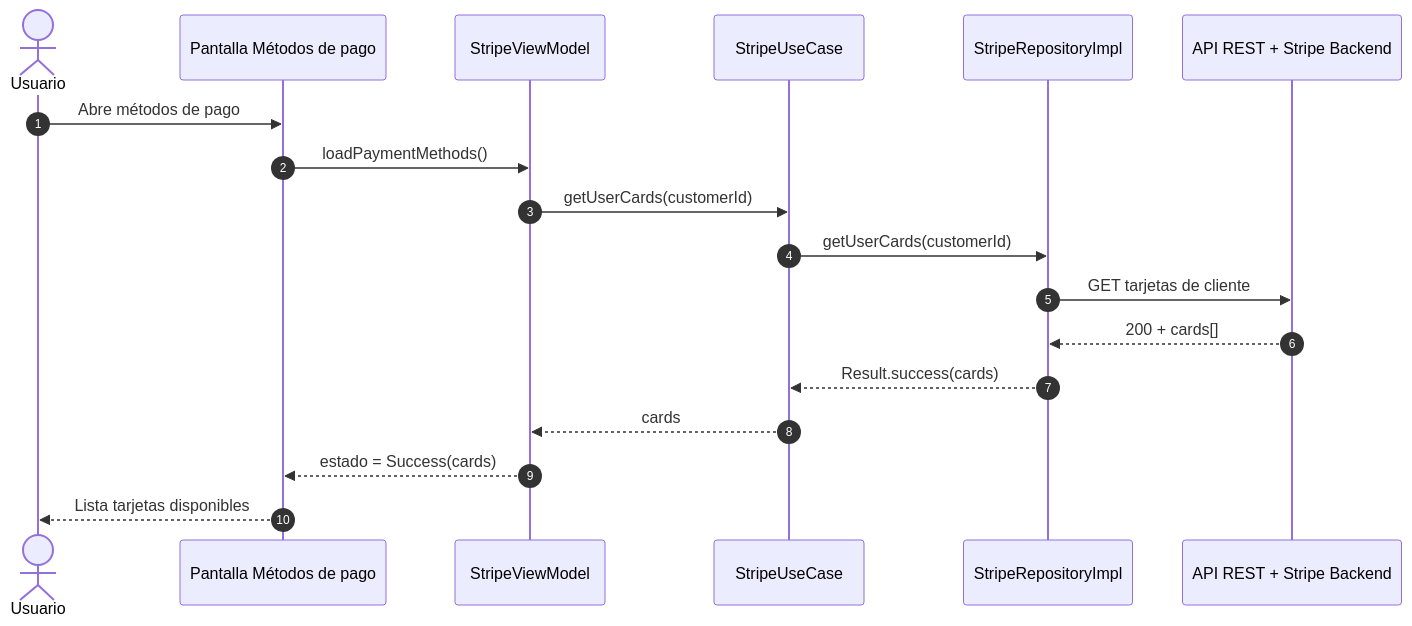
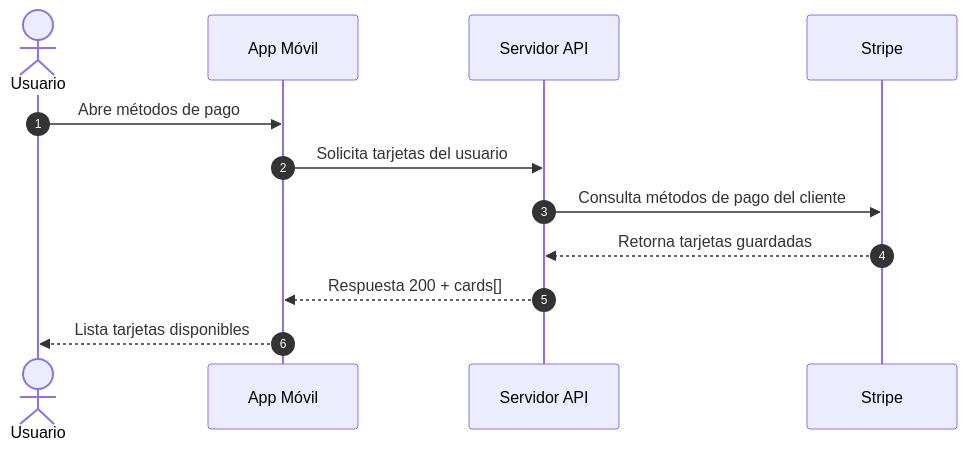
The sixth of 12 diagrams in docs/SEQUENCE_DIAGRAMS.md (asobrados03/HumanPerformApp), drawn with Mermaid before and after one commit. The commit also changed other lines of this file, not shown here.

Commit message:
Ajustar diagrama de métodos de pago para usar Stripe

````diff
--- a/docs/SEQUENCE_DIAGRAMS.md
+++ b/docs/SEQUENCE_DIAGRAMS.md
@@ -139,21 +99,15 @@
 ```mermaid
 sequenceDiagram
     autonumber
     actor U as Usuario
-    participant UI as Pantalla Métodos de pago
-    participant VM as StripeViewModel
-    participant UC as StripeUseCase
-    participant REPO as StripeRepositoryImpl
-    participant API as API REST + Stripe Backend
+    participant APP as App Móvil
+    participant API as Servidor API
+    participant STRIPE as Stripe
 
-    U->>UI: Abre métodos de pago
-    UI->>VM: loadPaymentMethods()
-    VM->>UC: getUserCards(customerId)
-    UC->>REPO: getUserCards(customerId)
-    REPO->>API: GET tarjetas de cliente
-    API-->>REPO: 200 + cards[]
-    REPO-->>UC: Result.success(cards)
-    UC-->>VM: cards
-    VM-->>UI: estado = Success(cards)
-    UI-->>U: Lista tarjetas disponibles
+    U->>APP: Abre métodos de pago
+    APP->>API: Solicita tarjetas del usuario
+    API->>STRIPE: Consulta métodos de pago del cliente
+    STRIPE-->>API: Retorna tarjetas guardadas
+    API-->>APP: Respuesta 200 + cards[]
+    APP-->>U: Lista tarjetas disponibles
 ```
````
